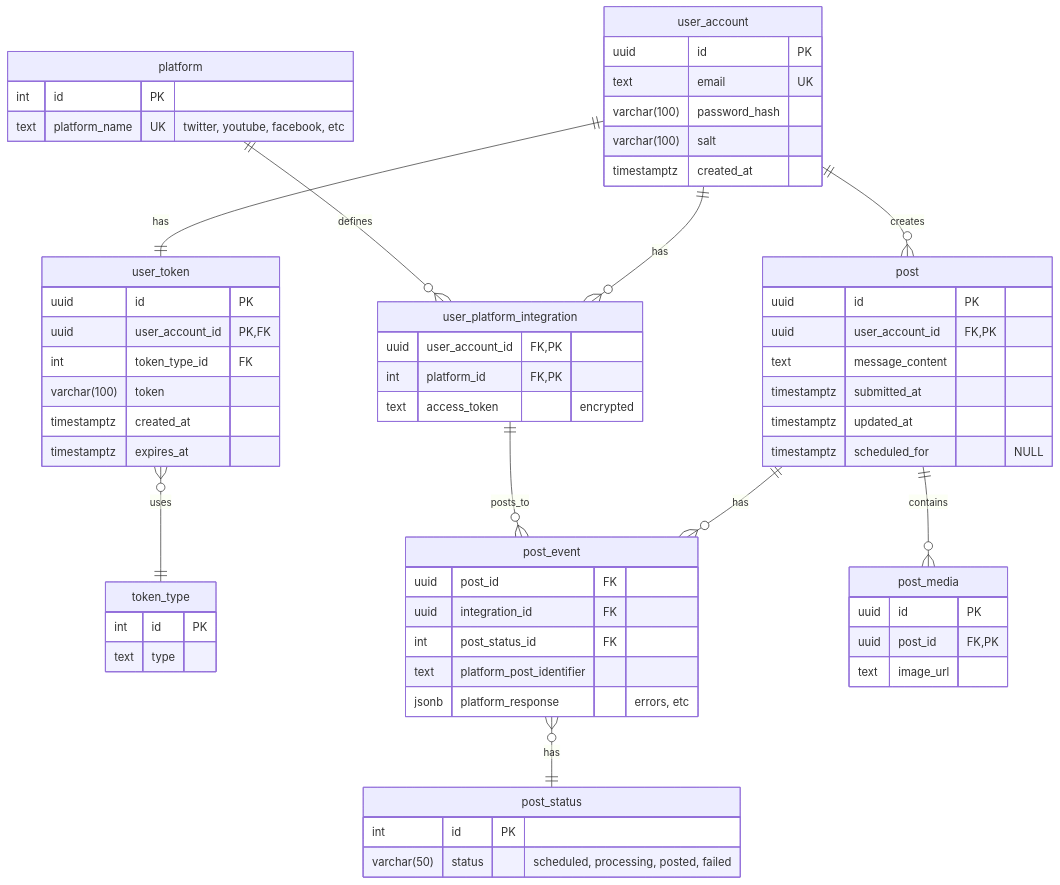
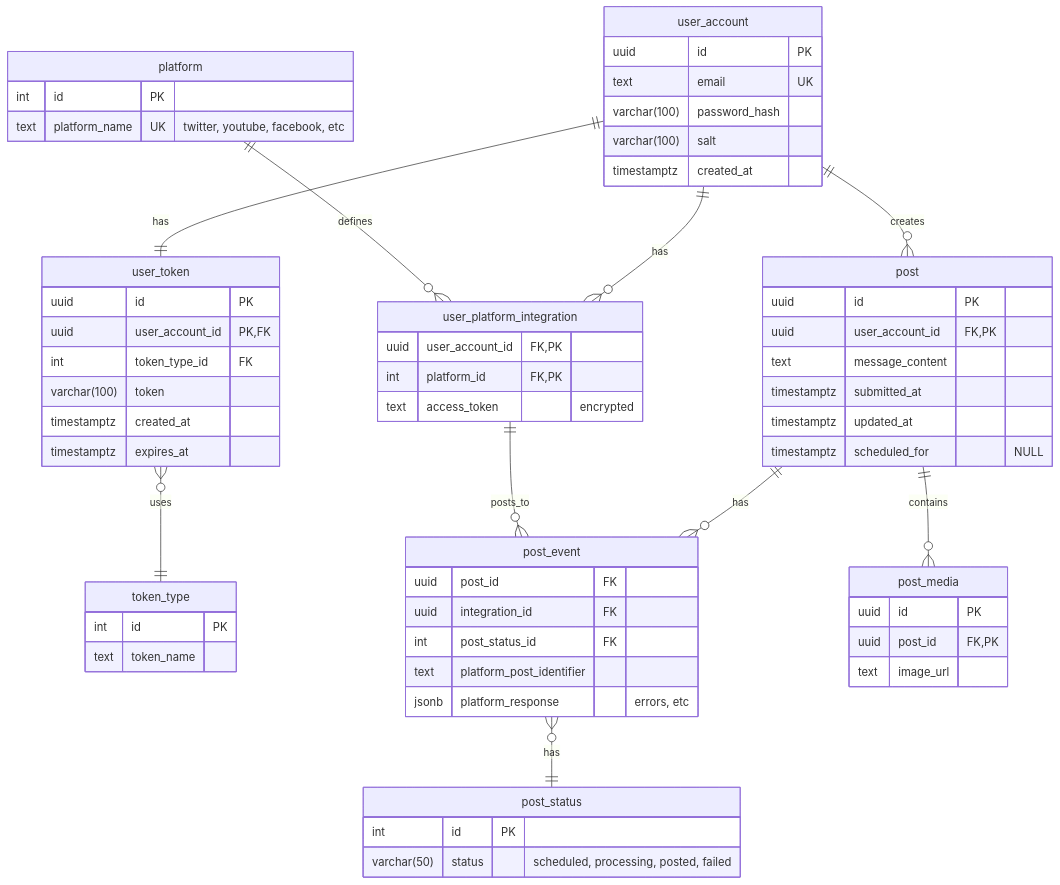
The diagram in documentation/diagrams/er_diagram.md (JKMN-Projects/ripple_sync_backend), drawn with Mermaid before and after one commit.

````diff
--- a/documentation/diagrams/er_diagram.md
+++ b/documentation/diagrams/er_diagram.md
@@ -3,74 +3,74 @@
 ``` mermaid
 
     erDiagram
     user_account ||--o{ user_platform_integration : "has"
     user_account ||--o{ post : "creates"
     user_account ||--|| user_token : "has"
     user_token }o--|| token_type : "uses"
     post ||--o{ post_event : "has"
     post_event }o--|| post_status : "has"
     post ||--o{ post_media : "contains"
     platform ||--o{ user_platform_integration : "defines"
     user_platform_integration ||--o{ post_event : "posts_to"
 
     user_account {
         uuid id PK
         text email UK
         varchar(100) password_hash
         varchar(100) salt
         timestamptz created_at 
     }
 
     user_token {
         uuid id PK
         uuid user_account_id PK, FK
         int token_type_id FK
         varchar(100) token
         timestamptz created_at
         timestamptz expires_at
     }
 
     token_type {
         int id PK
-        text type
+        text token_name
     }
 
     platform {
         int id PK
         text platform_name UK "twitter, youtube, facebook, etc"
     }
 
     user_platform_integration {
         uuid user_account_id FK, PK
         int platform_id FK, PK
         text access_token "encrypted"
     }
 
     post {
         uuid id PK
         uuid user_account_id FK, PK
         text message_content
         timestamptz submitted_at
         timestamptz updated_at
         timestamptz scheduled_for "NULL"
     }
 
     post_media {
         uuid id PK
         uuid post_id FK, PK
         text image_url 
     }
 
     post_event {
         uuid post_id FK
         uuid integration_id FK
         int post_status_id FK
         text platform_post_identifier 
         jsonb platform_response "errors, etc"
     }
 
     post_status {
         int id PK
         varchar(50) status "scheduled, processing, posted, failed"
     }
 ```
````
